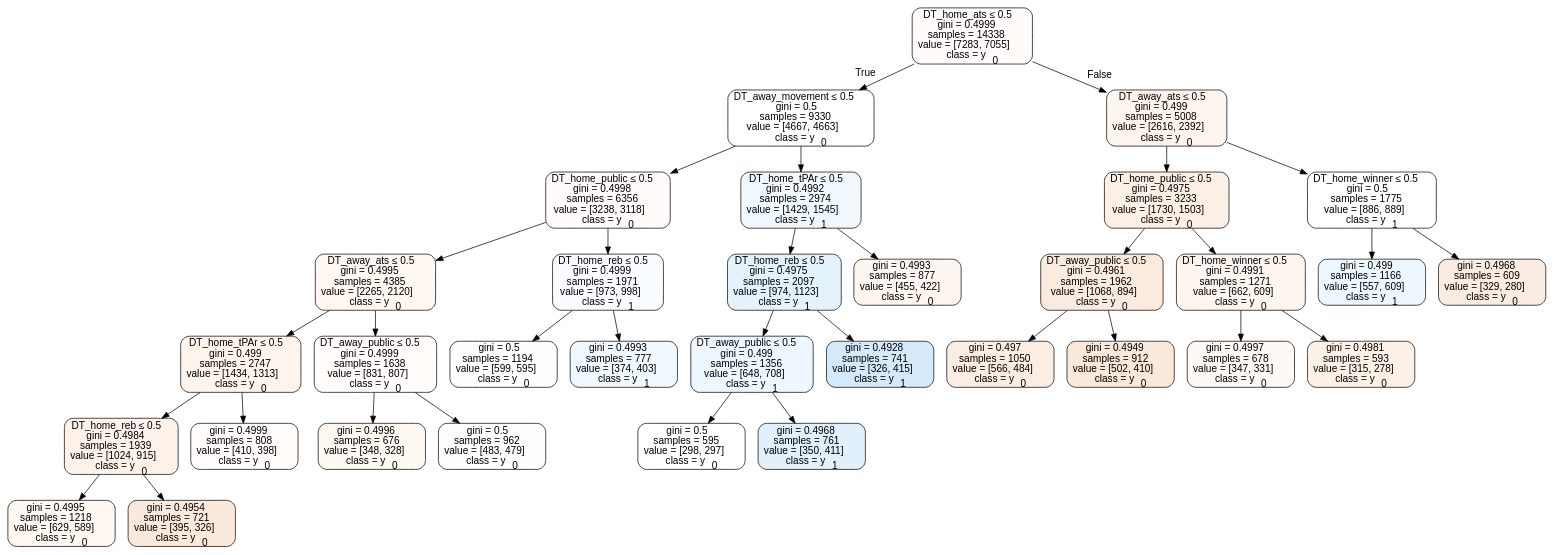
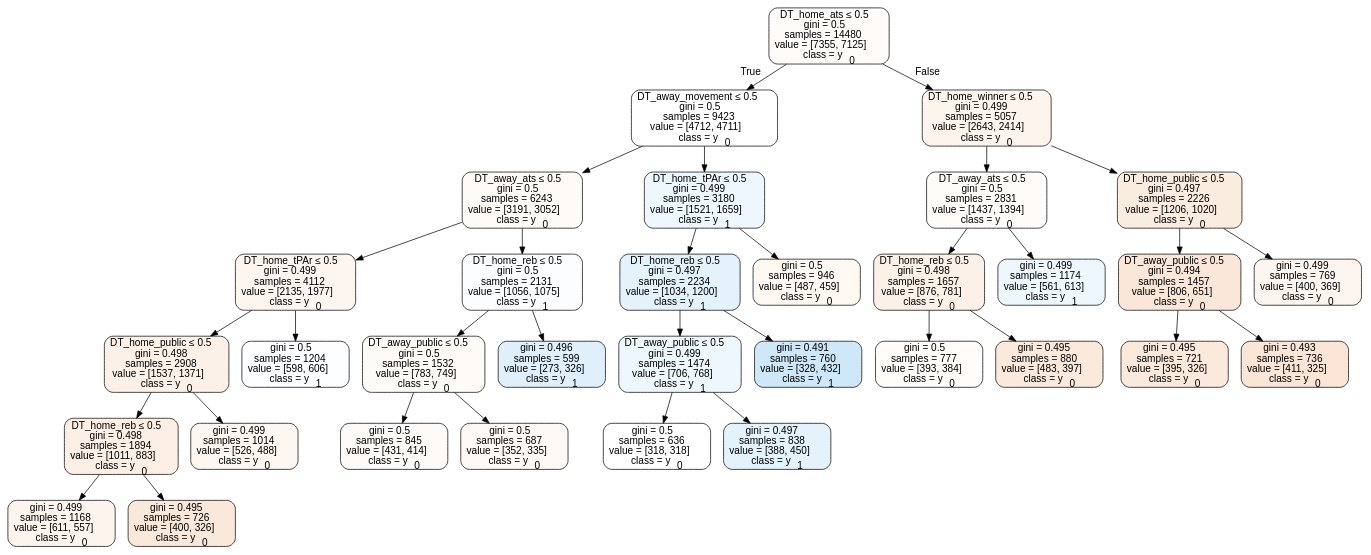
One commit to usbogie/ncaa-bets changed the diagram in Basketball/data/trees/tree2017home.dot. Above: the diagram before and after it, drawn with Graphviz. The commit also changed 26 other files, not shown here.

```diff
--- a/Basketball/data/trees/tree2017home.dot
+++ b/Basketball/data/trees/tree2017home.dot
@@ -1,69 +1,69 @@
 digraph Tree {
 node [shape=box, style="filled, rounded", color="black", fontname=helvetica] ;
 edge [fontname=helvetica] ;
-0 [label=<DT_home_ats &le; 0.5<br/>gini = 0.4999<br/>samples = 14338<br/>value = [7283, 7055]<br/>class = y<SUB>0</SUB>>, fillcolor="#e5813908"] ;
-1 [label=<DT_away_movement &le; 0.5<br/>gini = 0.5<br/>samples = 9330<br/>value = [4667, 4663]<br/>class = y<SUB>0</SUB>>, fillcolor="#e5813900"] ;
+0 [label=<DT_home_ats &le; 0.5<br/>gini = 0.5<br/>samples = 14480<br/>value = [7355, 7125]<br/>class = y<SUB>0</SUB>>, fillcolor="#e5813908"] ;
+1 [label=<DT_away_movement &le; 0.5<br/>gini = 0.5<br/>samples = 9423<br/>value = [4712, 4711]<br/>class = y<SUB>0</SUB>>, fillcolor="#e5813900"] ;
 0 -> 1 [labeldistance=2.5, labelangle=45, headlabel="True"] ;
-2 [label=<DT_home_public &le; 0.5<br/>gini = 0.4998<br/>samples = 6356<br/>value = [3238, 3118]<br/>class = y<SUB>0</SUB>>, fillcolor="#e5813909"] ;
+2 [label=<DT_away_ats &le; 0.5<br/>gini = 0.5<br/>samples = 6243<br/>value = [3191, 3052]<br/>class = y<SUB>0</SUB>>, fillcolor="#e581390b"] ;
 1 -> 2 ;
-3 [label=<DT_away_ats &le; 0.5<br/>gini = 0.4995<br/>samples = 4385<br/>value = [2265, 2120]<br/>class = y<SUB>0</SUB>>, fillcolor="#e5813910"] ;
+3 [label=<DT_home_tPAr &le; 0.5<br/>gini = 0.499<br/>samples = 4112<br/>value = [2135, 1977]<br/>class = y<SUB>0</SUB>>, fillcolor="#e5813913"] ;
 2 -> 3 ;
-4 [label=<DT_home_tPAr &le; 0.5<br/>gini = 0.499<br/>samples = 2747<br/>value = [1434, 1313]<br/>class = y<SUB>0</SUB>>, fillcolor="#e5813916"] ;
+4 [label=<DT_home_public &le; 0.5<br/>gini = 0.498<br/>samples = 2908<br/>value = [1537, 1371]<br/>class = y<SUB>0</SUB>>, fillcolor="#e581391c"] ;
 3 -> 4 ;
-5 [label=<DT_home_reb &le; 0.5<br/>gini = 0.4984<br/>samples = 1939<br/>value = [1024, 915]<br/>class = y<SUB>0</SUB>>, fillcolor="#e581391b"] ;
+5 [label=<DT_home_reb &le; 0.5<br/>gini = 0.498<br/>samples = 1894<br/>value = [1011, 883]<br/>class = y<SUB>0</SUB>>, fillcolor="#e5813920"] ;
 4 -> 5 ;
-6 [label=<gini = 0.4995<br/>samples = 1218<br/>value = [629, 589]<br/>class = y<SUB>0</SUB>>, fillcolor="#e5813910"] ;
+6 [label=<gini = 0.499<br/>samples = 1168<br/>value = [611, 557]<br/>class = y<SUB>0</SUB>>, fillcolor="#e5813917"] ;
 5 -> 6 ;
-7 [label=<gini = 0.4954<br/>samples = 721<br/>value = [395, 326]<br/>class = y<SUB>0</SUB>>, fillcolor="#e581392d"] ;
+7 [label=<gini = 0.495<br/>samples = 726<br/>value = [400, 326]<br/>class = y<SUB>0</SUB>>, fillcolor="#e581392f"] ;
 5 -> 7 ;
-8 [label=<gini = 0.4999<br/>samples = 808<br/>value = [410, 398]<br/>class = y<SUB>0</SUB>>, fillcolor="#e5813907"] ;
+8 [label=<gini = 0.499<br/>samples = 1014<br/>value = [526, 488]<br/>class = y<SUB>0</SUB>>, fillcolor="#e5813912"] ;
 4 -> 8 ;
-9 [label=<DT_away_public &le; 0.5<br/>gini = 0.4999<br/>samples = 1638<br/>value = [831, 807]<br/>class = y<SUB>0</SUB>>, fillcolor="#e5813907"] ;
+9 [label=<gini = 0.5<br/>samples = 1204<br/>value = [598, 606]<br/>class = y<SUB>1</SUB>>, fillcolor="#399de503"] ;
 3 -> 9 ;
-10 [label=<gini = 0.4996<br/>samples = 676<br/>value = [348, 328]<br/>class = y<SUB>0</SUB>>, fillcolor="#e581390f"] ;
-9 -> 10 ;
-11 [label=<gini = 0.5<br/>samples = 962<br/>value = [483, 479]<br/>class = y<SUB>0</SUB>>, fillcolor="#e5813902"] ;
-9 -> 11 ;
-12 [label=<DT_home_reb &le; 0.5<br/>gini = 0.4999<br/>samples = 1971<br/>value = [973, 998]<br/>class = y<SUB>1</SUB>>, fillcolor="#399de506"] ;
-2 -> 12 ;
-13 [label=<gini = 0.5<br/>samples = 1194<br/>value = [599, 595]<br/>class = y<SUB>0</SUB>>, fillcolor="#e5813902"] ;
-12 -> 13 ;
-14 [label=<gini = 0.4993<br/>samples = 777<br/>value = [374, 403]<br/>class = y<SUB>1</SUB>>, fillcolor="#399de512"] ;
-12 -> 14 ;
-15 [label=<DT_home_tPAr &le; 0.5<br/>gini = 0.4992<br/>samples = 2974<br/>value = [1429, 1545]<br/>class = y<SUB>1</SUB>>, fillcolor="#399de513"] ;
+10 [label=<DT_home_reb &le; 0.5<br/>gini = 0.5<br/>samples = 2131<br/>value = [1056, 1075]<br/>class = y<SUB>1</SUB>>, fillcolor="#399de505"] ;
+2 -> 10 ;
+11 [label=<DT_away_public &le; 0.5<br/>gini = 0.5<br/>samples = 1532<br/>value = [783, 749]<br/>class = y<SUB>0</SUB>>, fillcolor="#e581390b"] ;
+10 -> 11 ;
+12 [label=<gini = 0.5<br/>samples = 845<br/>value = [431, 414]<br/>class = y<SUB>0</SUB>>, fillcolor="#e581390a"] ;
+11 -> 12 ;
+13 [label=<gini = 0.5<br/>samples = 687<br/>value = [352, 335]<br/>class = y<SUB>0</SUB>>, fillcolor="#e581390c"] ;
+11 -> 13 ;
+14 [label=<gini = 0.496<br/>samples = 599<br/>value = [273, 326]<br/>class = y<SUB>1</SUB>>, fillcolor="#399de529"] ;
+10 -> 14 ;
+15 [label=<DT_home_tPAr &le; 0.5<br/>gini = 0.499<br/>samples = 3180<br/>value = [1521, 1659]<br/>class = y<SUB>1</SUB>>, fillcolor="#399de515"] ;
 1 -> 15 ;
-16 [label=<DT_home_reb &le; 0.5<br/>gini = 0.4975<br/>samples = 2097<br/>value = [974, 1123]<br/>class = y<SUB>1</SUB>>, fillcolor="#399de522"] ;
+16 [label=<DT_home_reb &le; 0.5<br/>gini = 0.497<br/>samples = 2234<br/>value = [1034, 1200]<br/>class = y<SUB>1</SUB>>, fillcolor="#399de523"] ;
 15 -> 16 ;
-17 [label=<DT_away_public &le; 0.5<br/>gini = 0.499<br/>samples = 1356<br/>value = [648, 708]<br/>class = y<SUB>1</SUB>>, fillcolor="#399de516"] ;
+17 [label=<DT_away_public &le; 0.5<br/>gini = 0.499<br/>samples = 1474<br/>value = [706, 768]<br/>class = y<SUB>1</SUB>>, fillcolor="#399de515"] ;
 16 -> 17 ;
-18 [label=<gini = 0.5<br/>samples = 595<br/>value = [298, 297]<br/>class = y<SUB>0</SUB>>, fillcolor="#e5813901"] ;
+18 [label=<gini = 0.5<br/>samples = 636<br/>value = [318, 318]<br/>class = y<SUB>0</SUB>>, fillcolor="#e5813900"] ;
 17 -> 18 ;
-19 [label=<gini = 0.4968<br/>samples = 761<br/>value = [350, 411]<br/>class = y<SUB>1</SUB>>, fillcolor="#399de526"] ;
+19 [label=<gini = 0.497<br/>samples = 838<br/>value = [388, 450]<br/>class = y<SUB>1</SUB>>, fillcolor="#399de523"] ;
 17 -> 19 ;
-20 [label=<gini = 0.4928<br/>samples = 741<br/>value = [326, 415]<br/>class = y<SUB>1</SUB>>, fillcolor="#399de537"] ;
+20 [label=<gini = 0.491<br/>samples = 760<br/>value = [328, 432]<br/>class = y<SUB>1</SUB>>, fillcolor="#399de53d"] ;
 16 -> 20 ;
-21 [label=<gini = 0.4993<br/>samples = 877<br/>value = [455, 422]<br/>class = y<SUB>0</SUB>>, fillcolor="#e5813912"] ;
+21 [label=<gini = 0.5<br/>samples = 946<br/>value = [487, 459]<br/>class = y<SUB>0</SUB>>, fillcolor="#e581390f"] ;
 15 -> 21 ;
-22 [label=<DT_away_ats &le; 0.5<br/>gini = 0.499<br/>samples = 5008<br/>value = [2616, 2392]<br/>class = y<SUB>0</SUB>>, fillcolor="#e5813916"] ;
+22 [label=<DT_home_winner &le; 0.5<br/>gini = 0.499<br/>samples = 5057<br/>value = [2643, 2414]<br/>class = y<SUB>0</SUB>>, fillcolor="#e5813916"] ;
 0 -> 22 [labeldistance=2.5, labelangle=-45, headlabel="False"] ;
-23 [label=<DT_home_public &le; 0.5<br/>gini = 0.4975<br/>samples = 3233<br/>value = [1730, 1503]<br/>class = y<SUB>0</SUB>>, fillcolor="#e5813921"] ;
+23 [label=<DT_away_ats &le; 0.5<br/>gini = 0.5<br/>samples = 2831<br/>value = [1437, 1394]<br/>class = y<SUB>0</SUB>>, fillcolor="#e5813908"] ;
 22 -> 23 ;
-24 [label=<DT_away_public &le; 0.5<br/>gini = 0.4961<br/>samples = 1962<br/>value = [1068, 894]<br/>class = y<SUB>0</SUB>>, fillcolor="#e581392a"] ;
+24 [label=<DT_home_reb &le; 0.5<br/>gini = 0.498<br/>samples = 1657<br/>value = [876, 781]<br/>class = y<SUB>0</SUB>>, fillcolor="#e581391c"] ;
 23 -> 24 ;
-25 [label=<gini = 0.497<br/>samples = 1050<br/>value = [566, 484]<br/>class = y<SUB>0</SUB>>, fillcolor="#e5813925"] ;
+25 [label=<gini = 0.5<br/>samples = 777<br/>value = [393, 384]<br/>class = y<SUB>0</SUB>>, fillcolor="#e5813906"] ;
 24 -> 25 ;
-26 [label=<gini = 0.4949<br/>samples = 912<br/>value = [502, 410]<br/>class = y<SUB>0</SUB>>, fillcolor="#e581392f"] ;
+26 [label=<gini = 0.495<br/>samples = 880<br/>value = [483, 397]<br/>class = y<SUB>0</SUB>>, fillcolor="#e581392d"] ;
 24 -> 26 ;
-27 [label=<DT_home_winner &le; 0.5<br/>gini = 0.4991<br/>samples = 1271<br/>value = [662, 609]<br/>class = y<SUB>0</SUB>>, fillcolor="#e5813914"] ;
+27 [label=<gini = 0.499<br/>samples = 1174<br/>value = [561, 613]<br/>class = y<SUB>1</SUB>>, fillcolor="#399de516"] ;
 23 -> 27 ;
-28 [label=<gini = 0.4997<br/>samples = 678<br/>value = [347, 331]<br/>class = y<SUB>0</SUB>>, fillcolor="#e581390c"] ;
-27 -> 28 ;
-29 [label=<gini = 0.4981<br/>samples = 593<br/>value = [315, 278]<br/>class = y<SUB>0</SUB>>, fillcolor="#e581391e"] ;
-27 -> 29 ;
-30 [label=<DT_home_winner &le; 0.5<br/>gini = 0.5<br/>samples = 1775<br/>value = [886, 889]<br/>class = y<SUB>1</SUB>>, fillcolor="#399de501"] ;
-22 -> 30 ;
-31 [label=<gini = 0.499<br/>samples = 1166<br/>value = [557, 609]<br/>class = y<SUB>1</SUB>>, fillcolor="#399de516"] ;
-30 -> 31 ;
-32 [label=<gini = 0.4968<br/>samples = 609<br/>value = [329, 280]<br/>class = y<SUB>0</SUB>>, fillcolor="#e5813926"] ;
-30 -> 32 ;
+28 [label=<DT_home_public &le; 0.5<br/>gini = 0.497<br/>samples = 2226<br/>value = [1206, 1020]<br/>class = y<SUB>0</SUB>>, fillcolor="#e5813927"] ;
+22 -> 28 ;
+29 [label=<DT_away_public &le; 0.5<br/>gini = 0.494<br/>samples = 1457<br/>value = [806, 651]<br/>class = y<SUB>0</SUB>>, fillcolor="#e5813931"] ;
+28 -> 29 ;
+30 [label=<gini = 0.495<br/>samples = 721<br/>value = [395, 326]<br/>class = y<SUB>0</SUB>>, fillcolor="#e581392d"] ;
+29 -> 30 ;
+31 [label=<gini = 0.493<br/>samples = 736<br/>value = [411, 325]<br/>class = y<SUB>0</SUB>>, fillcolor="#e5813935"] ;
+29 -> 31 ;
+32 [label=<gini = 0.499<br/>samples = 769<br/>value = [400, 369]<br/>class = y<SUB>0</SUB>>, fillcolor="#e5813914"] ;
+28 -> 32 ;
 }
```
